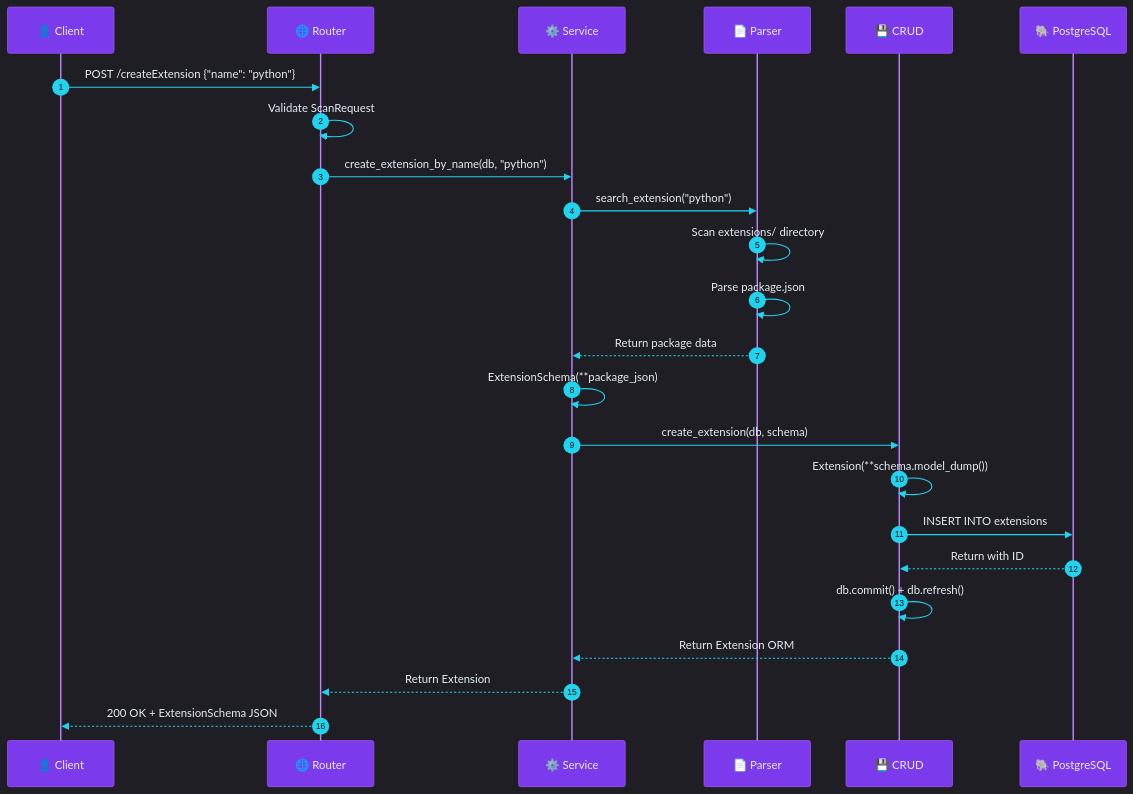
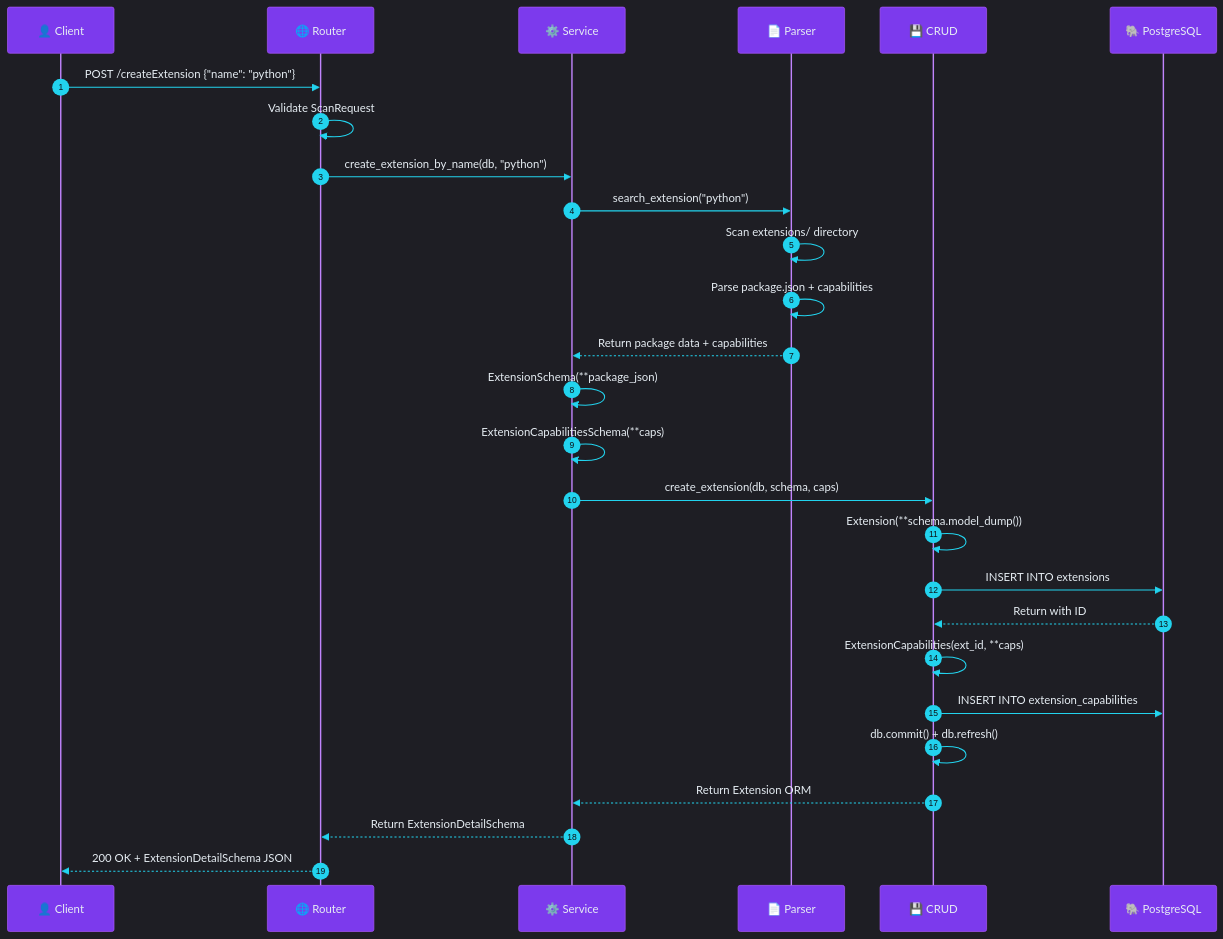
Before and after one commit to Ekremunalytu/automation_enviroment: the fifth of 14 diagrams in documents/ARCHITECTURE.md, drawn with Mermaid. The commit also changed other lines of this file and 13 other files, not shown here.

````diff
--- a/documents/ARCHITECTURE.md
+++ b/documents/ARCHITECTURE.md
@@ -300,32 +300,35 @@
 ```mermaid
 %%{init: {'theme': 'dark', 'themeVariables': { 'background': '#0d1117', 'primaryColor': '#a855f7', 'primaryTextColor': '#e6edf3', 'actorTextColor': '#e6edf3', 'actorBkg': '#7c3aed', 'actorBorder': '#a855f7', 'actorLineColor': '#c084fc', 'signalColor': '#22d3ee', 'signalTextColor': '#e6edf3', 'sequenceNumberColor': '#0d1117', 'noteBkgColor': '#be185d', 'noteTextColor': '#e6edf3', 'noteBorderColor': '#ec4899', 'activationBkgColor': '#4f46e5', 'activationBorderColor': '#818cf8', 'labelBoxBkgColor': '#161b22'}}}%%
 sequenceDiagram
     autonumber
     participant C as 👤 Client
     participant R as 🌐 Router
     participant S as ⚙️ Service
     participant P as 📄 Parser
     participant CR as 💾 CRUD
     participant DB as 🐘 PostgreSQL
 
     C->>R: POST /createExtension {"name": "python"}
     R->>R: Validate ScanRequest
     R->>S: create_extension_by_name(db, "python")
 
     S->>P: search_extension("python")
     P->>P: Scan extensions/ directory
-    P->>P: Parse package.json
-    P-->>S: Return package data
+    P->>P: Parse package.json + capabilities
+    P-->>S: Return package data + capabilities
 
     S->>S: ExtensionSchema(**package_json)
-    S->>CR: create_extension(db, schema)
+    S->>S: ExtensionCapabilitiesSchema(**caps)
+    S->>CR: create_extension(db, schema, caps)
 
     CR->>CR: Extension(**schema.model_dump())
     CR->>DB: INSERT INTO extensions
     DB-->>CR: Return with ID
+    CR->>CR: ExtensionCapabilities(ext_id, **caps)
+    CR->>DB: INSERT INTO extension_capabilities
     CR->>CR: db.commit() + db.refresh()
     CR-->>S: Return Extension ORM
 
-    S-->>R: Return Extension
-    R-->>C: 200 OK + ExtensionSchema JSON
+    S-->>R: Return ExtensionDetailSchema
+    R-->>C: 200 OK + ExtensionDetailSchema JSON
 ```
````
